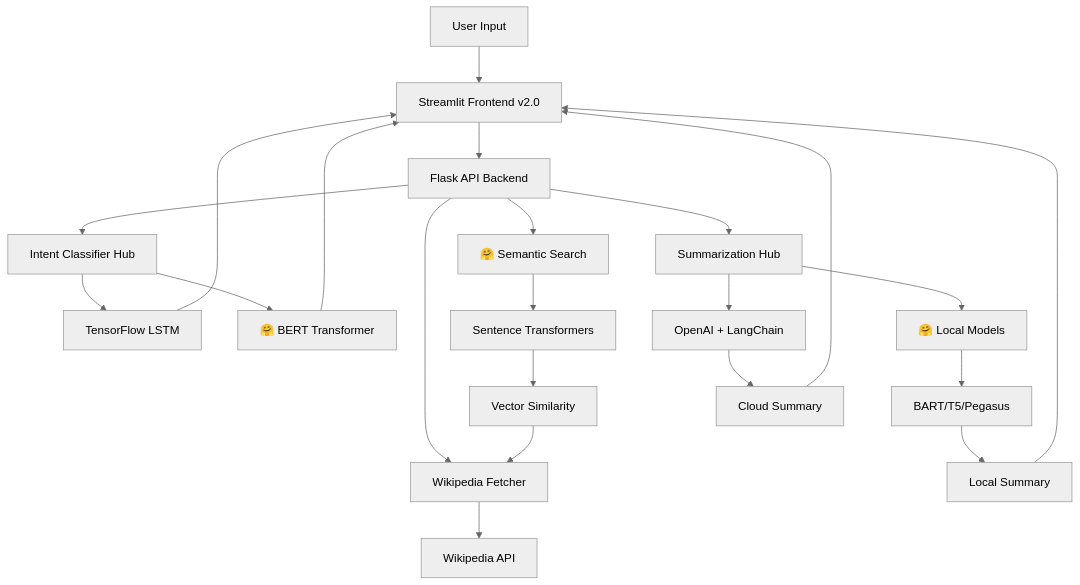
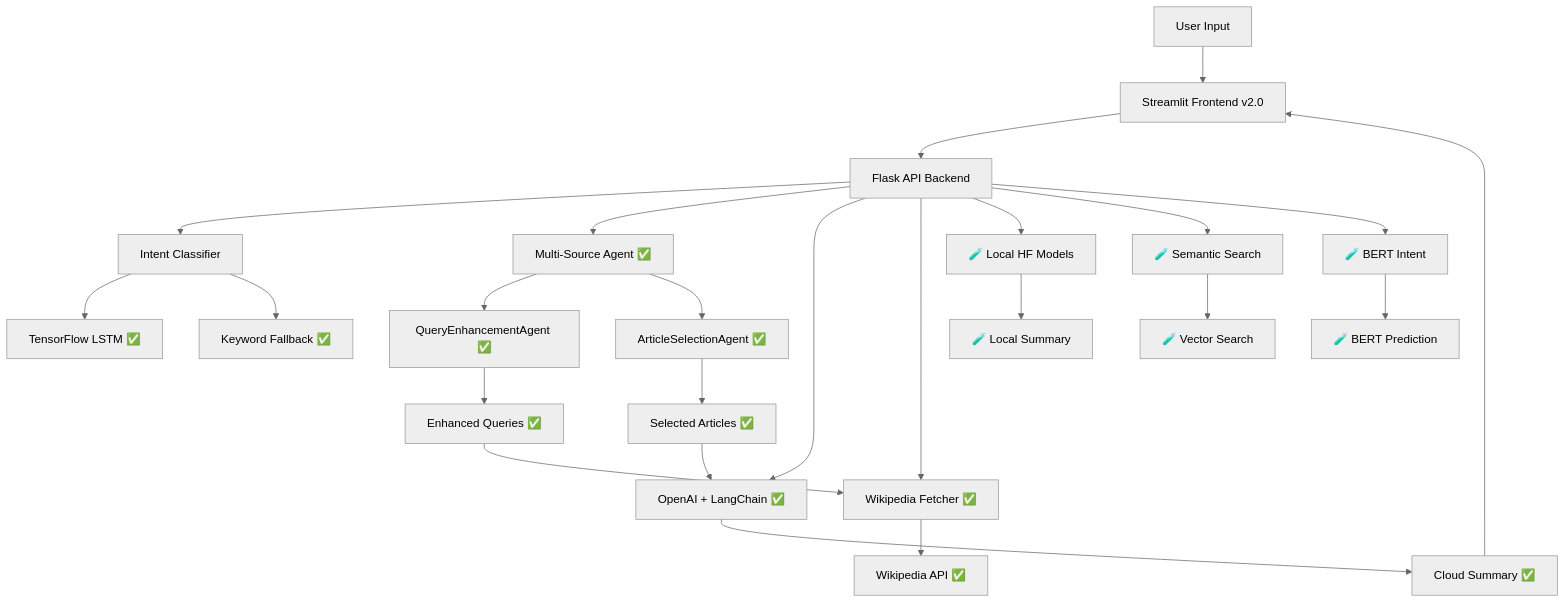
Before and after one commit to mathieudelehaye/SummarEaseAI: the diagram in README.md, drawn with Mermaid (neutral theme). The commit also changed other lines of this file, not shown here.

Commit message:
README updated with progress after multi-source summarisation

````diff
--- a/README.md
+++ b/README.md
@@ -217,24 +142,28 @@
 ```mermaid
 graph TD
     A[User Input] --> B[Streamlit Frontend v2.0]
     B --> C[Flask API Backend]
-    C --> D[Intent Classifier Hub]
-    D --> E[TensorFlow LSTM]
-    D --> F[🤗 BERT Transformer]
-    C --> G[Summarization Hub]
-    G --> H[OpenAI + LangChain]
-    G --> I[🤗 Local Models]
-    I --> J[BART/T5/Pegasus]
-    C --> K[🤗 Semantic Search]
-    K --> L[Sentence Transformers]
-    C --> M[Wikipedia Fetcher]
-    M --> N[Wikipedia API]
-    L --> O[Vector Similarity]
-    O --> M
-    H --> P[Cloud Summary]
-    J --> Q[Local Summary]
-    P --> B
-    Q --> B
-    E --> B
-    F --> B
+    C --> D[Intent Classifier]
+    D --> E[TensorFlow LSTM ✅]
+    D --> F[Keyword Fallback ✅]
+    C --> G[Multi-Source Agent ✅]
+    G --> H[QueryEnhancementAgent ✅]
+    G --> I[ArticleSelectionAgent ✅]
+    C --> J[OpenAI + LangChain ✅]
+    C --> K[Wikipedia Fetcher ✅]
+    K --> L[Wikipedia API ✅]
+    J --> M[Cloud Summary ✅]
+    H --> N[Enhanced Queries ✅]
+    I --> O[Selected Articles ✅]
+    M --> B
+    N --> K
+    O --> J
+    
+    %% Under Test Features
+    C --> P[🧪 Local HF Models]
+    C --> Q[🧪 Semantic Search]
+    C --> R[🧪 BERT Intent]
+    P --> S[🧪 Local Summary]
+    Q --> T[🧪 Vector Search]
+    R --> U[🧪 BERT Prediction]
 ```
````
